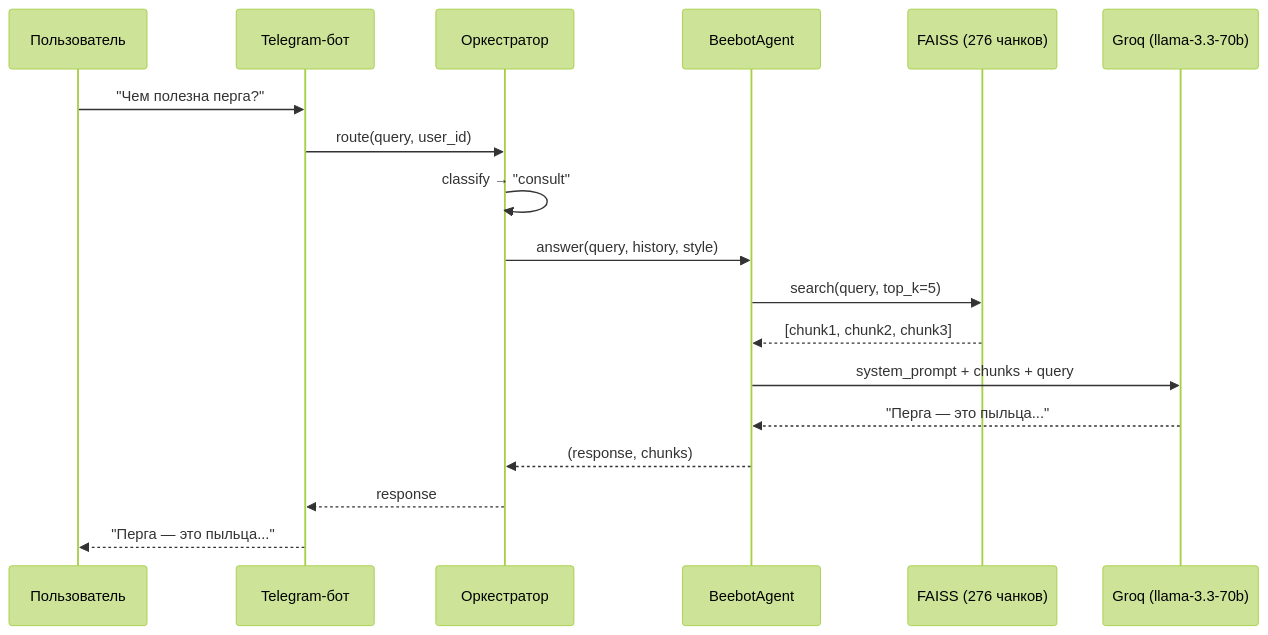
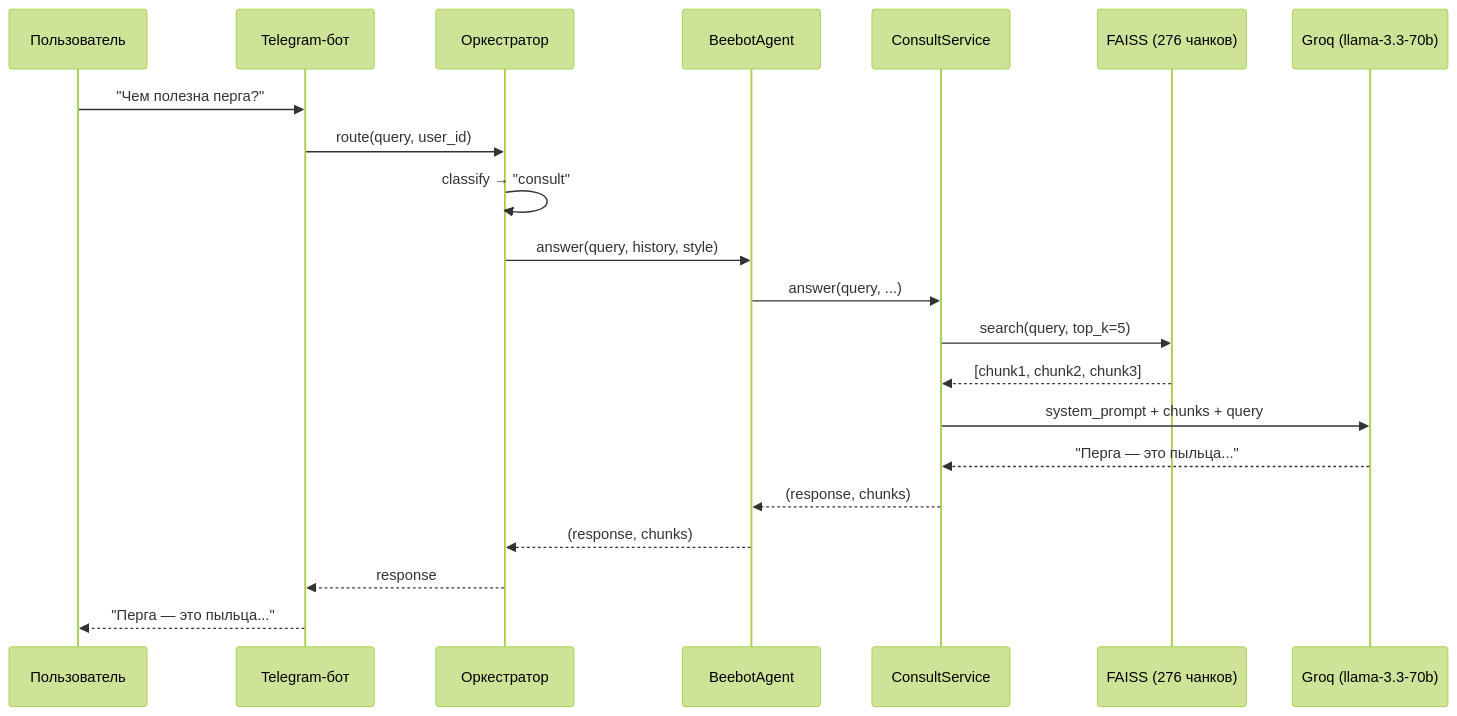
One commit to unidel2035/BEEBOT changed diagram 11 of 13 in docs/architecture.md. Above: the diagram before and after it, drawn with Mermaid (forest theme). The commit also changed other lines of this file and 25 other files, not shown here.

````diff
--- a/docs/architecture.md
+++ b/docs/architecture.md
@@ -327,21 +452,24 @@
 ```mermaid
 sequenceDiagram
     participant User as Пользователь
     participant Bot as Telegram-бот
     participant Orch as Оркестратор
     participant Agent as BeebotAgent
+    participant Svc as ConsultService
     participant KB as FAISS (276 чанков)
     participant LLM as Groq (llama-3.3-70b)
 
     User->>Bot: "Чем полезна перга?"
     Bot->>Orch: route(query, user_id)
     Orch->>Orch: classify → "consult"
     Orch->>Agent: answer(query, history, style)
-    Agent->>KB: search(query, top_k=5)
-    KB-->>Agent: [chunk1, chunk2, chunk3]
-    Agent->>LLM: system_prompt + chunks + query
-    LLM-->>Agent: "Перга — это пыльца..."
+    Agent->>Svc: answer(query, ...)
+    Svc->>KB: search(query, top_k=5)
+    KB-->>Svc: [chunk1, chunk2, chunk3]
+    Svc->>LLM: system_prompt + chunks + query
+    LLM-->>Svc: "Перга — это пыльца..."
+    Svc-->>Agent: (response, chunks)
     Agent-->>Orch: (response, chunks)
     Orch-->>Bot: response
     Bot-->>User: "Перга — это пыльца..."
 ```
````
